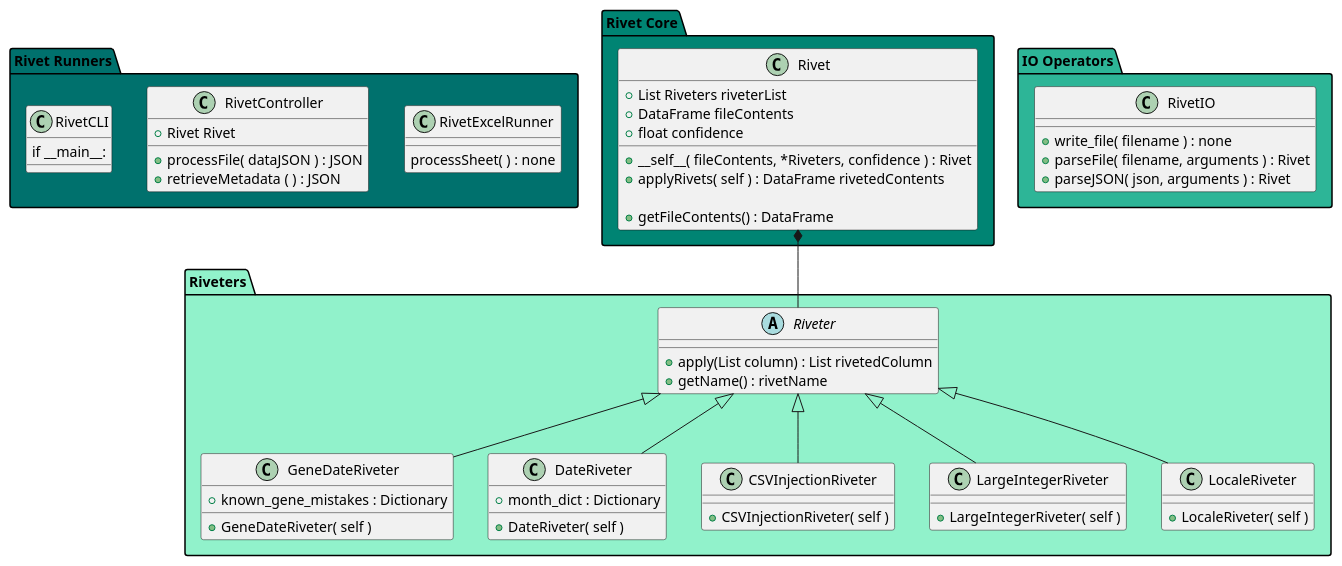
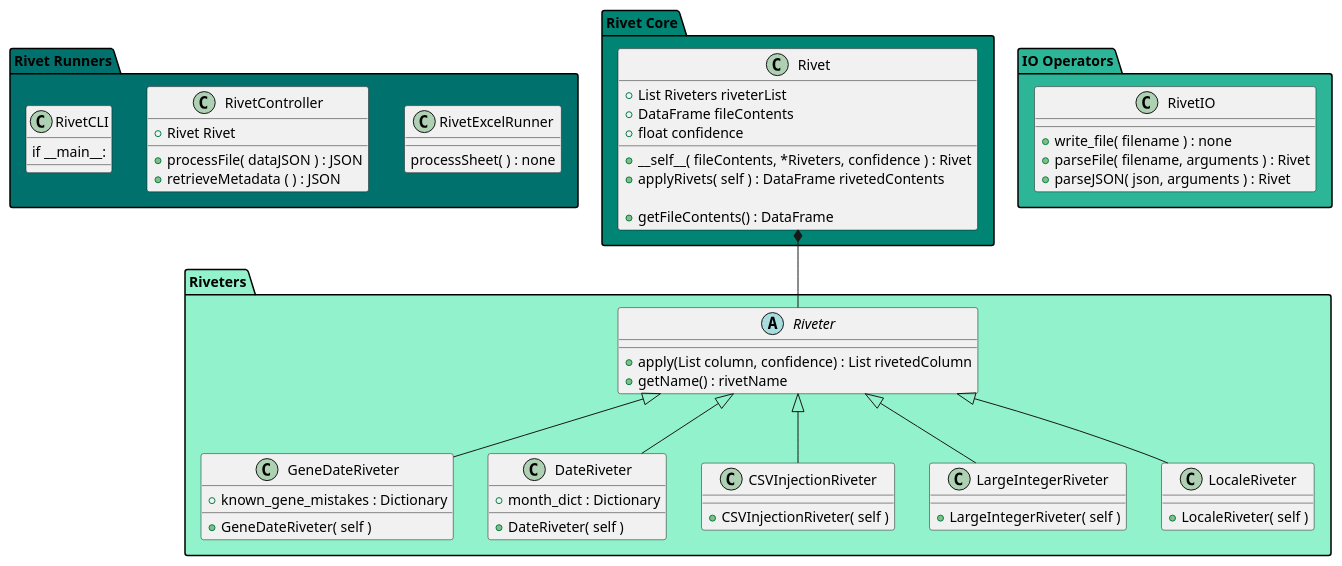
Before and after one commit to mwklose/RosieRivet: the diagram in design/UML_diagram.plantuml, drawn with PlantUML. The commit also changed 4 other files, not shown here.

```diff
--- a/design/UML_diagram.plantuml
+++ b/design/UML_diagram.plantuml
@@ -1,74 +1,74 @@
 @startuml Rosie-Rivet
 
 package "Rivet Runners" #00716d {
     class RivetController {
         + Rivet Rivet
         + processFile( dataJSON ) : JSON 
         + retrieveMetadata ( ) : JSON
     }
 
     class RivetCLI {
         if __main__:
     }
 
     class RivetExcelRunner {
         processSheet( ) : none
     }
 }
 
 package "Rivet Core" #008473 {
     class Rivet {
         + List Riveters riveterList
         + DataFrame fileContents
         + float confidence
 
         + __self__( fileContents, *Riveters, confidence ) : Rivet
         + applyRivets( self ) : DataFrame rivetedContents
 
         + getFileContents() : DataFrame
     }
 }
 
 package "IO Operators" #2db597 {
     class RivetIO {
         + write_file( filename ) : none
         + parseFile( filename, arguments ) : Rivet
         + parseJSON( json, arguments ) : Rivet
     }
 }
 
 package "Riveters"  #91f2cb {
     abstract class Riveter {
-        + apply(List column) : List rivetedColumn
+        + apply(List column, confidence) : List rivetedColumn
         + getName() : rivetName
     }
 
     class GeneDateRiveter extends Riveter {
         + known_gene_mistakes : Dictionary
         + GeneDateRiveter( self )
     }
 
     class DateRiveter extends Riveter {
         + month_dict : Dictionary
         + DateRiveter( self )
     }
 
     class CSVInjectionRiveter extends Riveter {
         + CSVInjectionRiveter( self )
     }
 
     class LargeIntegerRiveter extends Riveter {
         + LargeIntegerRiveter( self )
     }
 
     class LocaleRiveter extends Riveter {
         + LocaleRiveter( self )
     }
 }
 
 
 ' change layout
 Rivet *-- Riveter
 RivetController -[hidden] RivetExcelRunner
 
 @enduml
```
